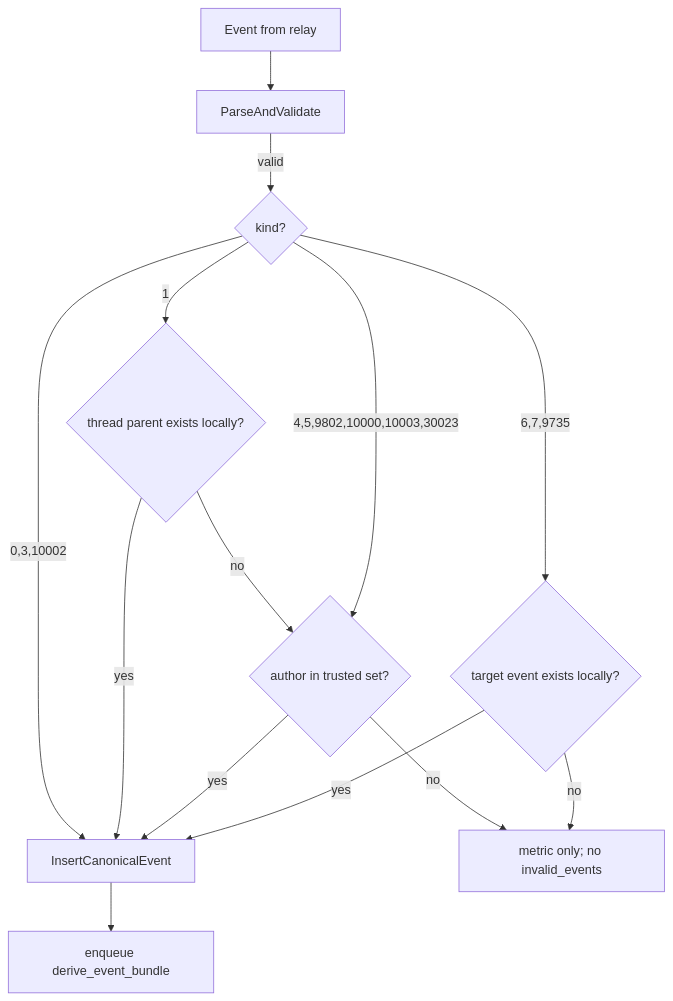
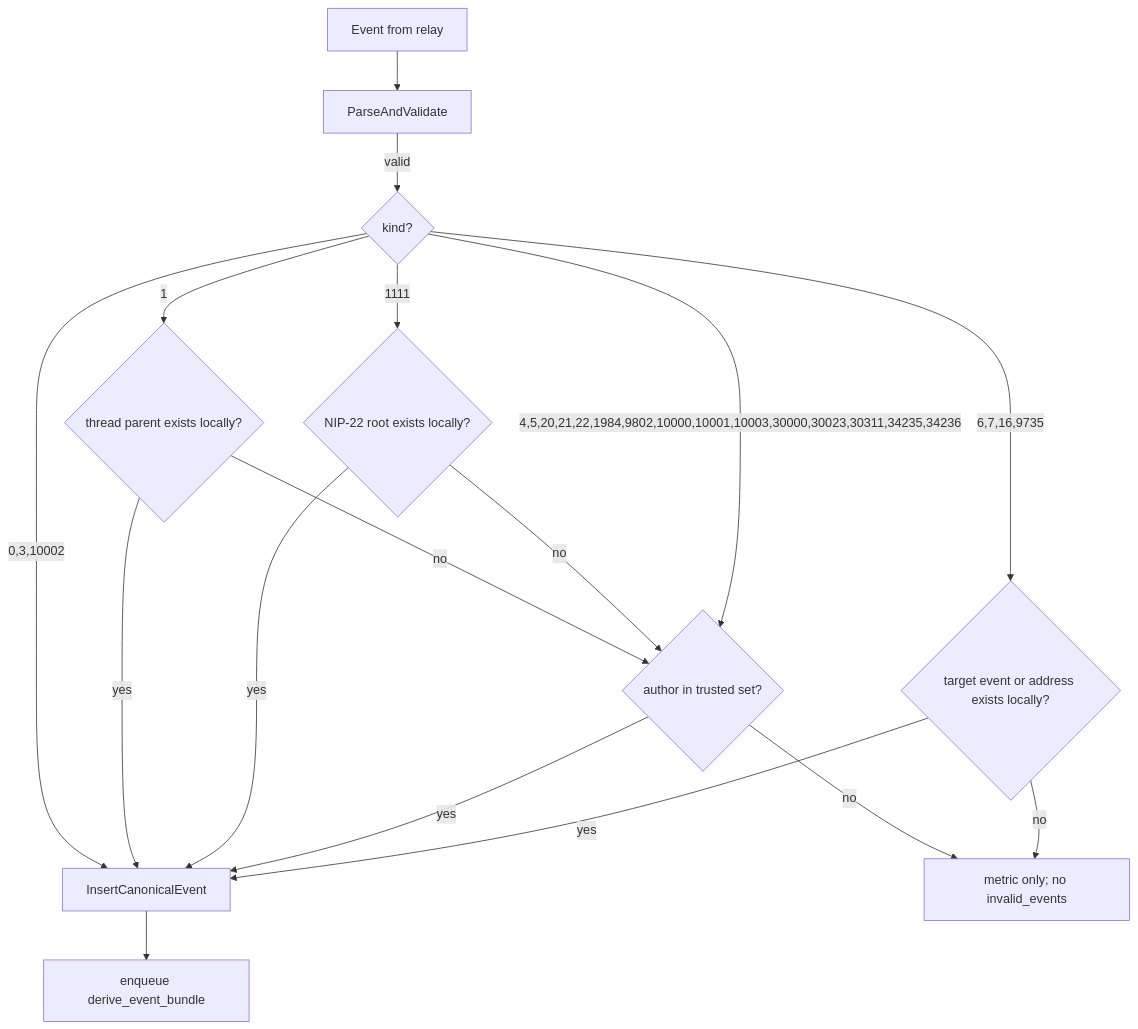
One commit to xdzczk/nostrmash changed the diagram in docs/architecture/trust-bounded-ingest.md. Above: the diagram before and after it, drawn with Mermaid. The commit also changed other lines of this file and 84 other files, not shown here.

````diff
--- a/docs/architecture/trust-bounded-ingest.md
+++ b/docs/architecture/trust-bounded-ingest.md
@@ -21,16 +21,19 @@
 ```mermaid
 flowchart TD
   E["Event from relay"] --> V["ParseAndValidate"]
   V -->|valid| K{"kind?"}
   K -->|"0,3,10002"| Store["InsertCanonicalEvent"]
   K -->|"1"| R{"thread parent exists locally?"}
   R -->|yes| Store
   R -->|no| T{"author in trusted set?"}
-  K -->|"4,5,9802,10000,10003,30023"| T
+  K -->|"1111"| Root{"NIP-22 root exists locally?"}
+  Root -->|yes| Store
+  Root -->|no| T
+  K -->|"4,5,20,21,22,1984,9802,10000,10001,10003,30000,30023,30311,34235,34236"| T
   T -->|yes| Store
   T -->|no| Drop["metric only; no invalid_events"]
-  K -->|"6,7,9735"| Tgt{"target event exists locally?"}
+  K -->|"6,7,16,9735"| Tgt{"target event or address exists locally?"}
   Tgt -->|yes| Store
   Tgt -->|no| Drop
   Store --> J["enqueue derive_event_bundle"]
 ```
````
